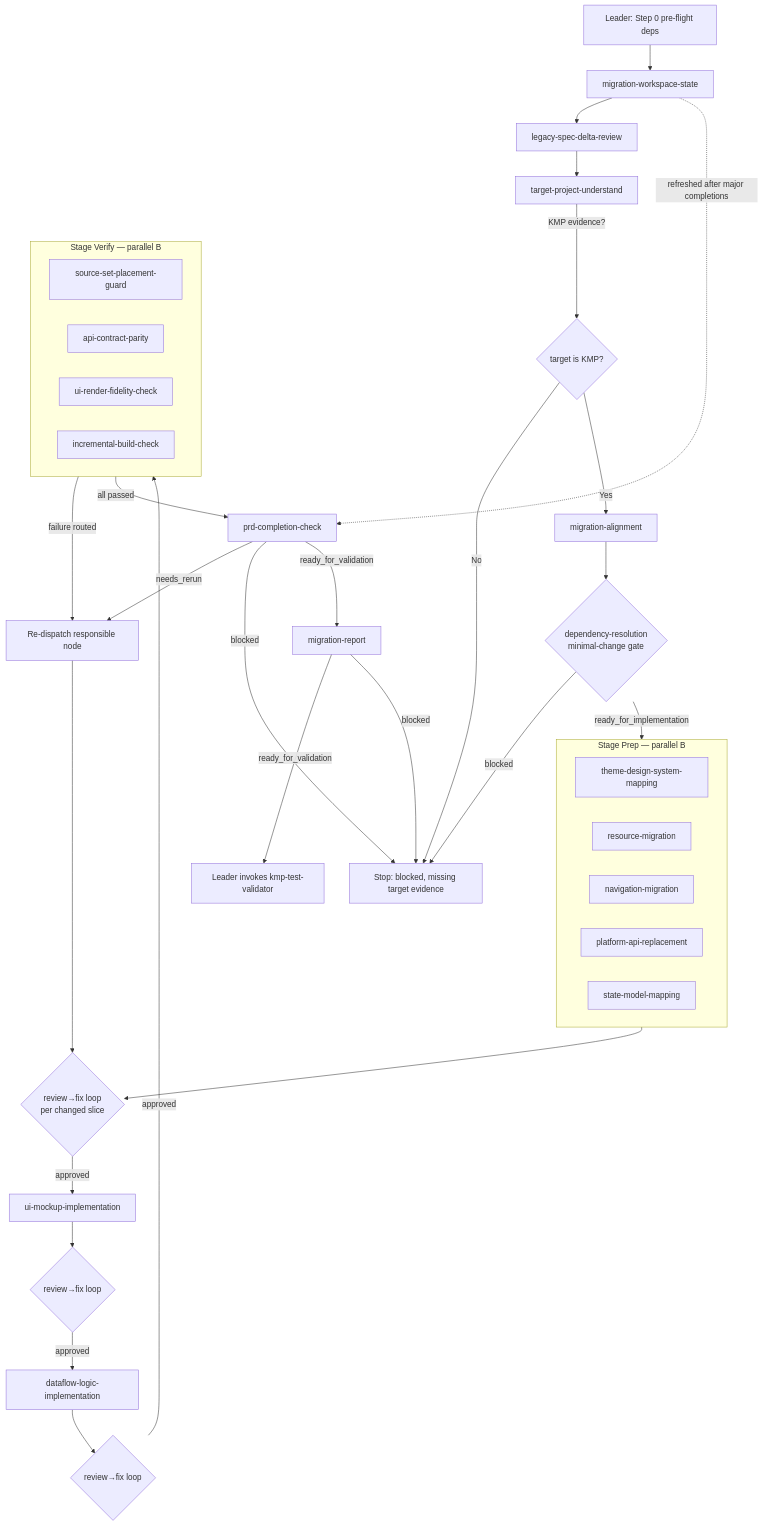
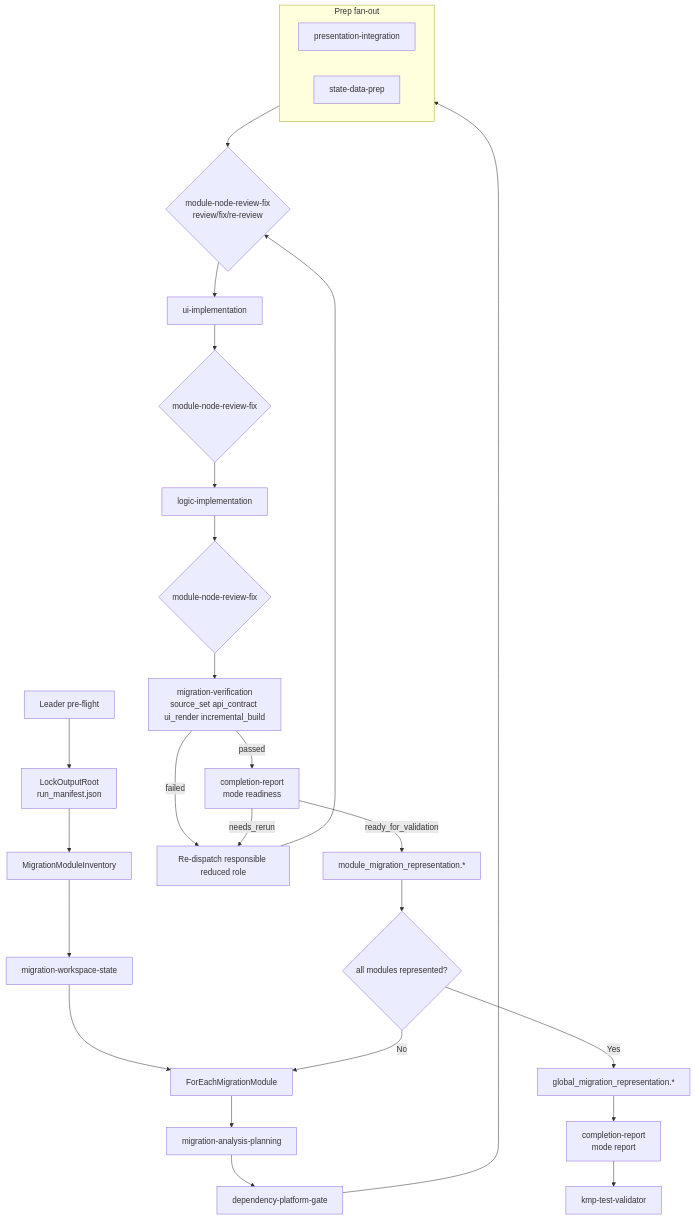
The diagram in claude-code-plugins/kmp-migration/skills/android-to-kmp-migrator/workflow.md (winson-AI/CodeAgent-exp), drawn with Mermaid before and after one commit. The commit also changed other lines of this file and 69 other files, not shown here.

````diff
--- a/claude-code-plugins/kmp-migration/skills/android-to-kmp-migrator/workflow.md
+++ b/claude-code-plugins/kmp-migration/skills/android-to-kmp-migrator/workflow.md
@@ -7,45 +7,32 @@
 ```mermaid
 graph TD
-  L0[Leader: Step 0 pre-flight deps] --> WS[migration-workspace-state]
-  WS --> SD[legacy-spec-delta-review]
-  SD --> TP[target-project-understand]
-  TP -->|KMP evidence?| GT{target is KMP?}
-  GT -- No --> BLK[Stop: blocked, missing target evidence]
-  GT -- Yes --> AL[migration-alignment]
-  AL --> DEP{dependency-resolution<br/>minimal-change gate}
-  DEP -- blocked --> BLK
-  DEP -- ready_for_implementation --> PREP
+  L0[Leader pre-flight] --> ROOT[LockOutputRoot<br/>run_manifest.json]
+  ROOT --> INV[MigrationModuleInventory]
+  INV --> WS[migration-workspace-state]
+  WS --> LOOP[ForEachMigrationModule]
+  LOOP --> PLAN[migration-analysis-planning]
+  PLAN --> DP[dependency-platform-gate]
+  DP --> PREP
 
-  subgraph PREP[Stage Prep — parallel B]
-    TH[theme-design-system-mapping]
-    RS[resource-migration]
-    NV[navigation-migration]
-    PA[platform-api-replacement]
-    SM[state-model-mapping]
+  subgraph PREP[Prep fan-out]
+    PI[presentation-integration]
+    SD[state-data-prep]
   end
 
-  PREP --> RFa{review→fix loop<br/>per changed slice}
-  RFa -->|approved| UI[ui-mockup-implementation]
-  UI --> RFb{review→fix loop}
-  RFb -->|approved| DL[dataflow-logic-implementation]
-  DL --> RFc{review→fix loop}
-
-  RFc -->|approved| VER
-
-  subgraph VER[Stage Verify — parallel B]
-    SG[source-set-placement-guard]
-    AP[api-contract-parity]
-    RF[ui-render-fidelity-check]
-    IB[incremental-build-check]
-  end
-
-  VER -->|failure routed| RESP[Re-dispatch responsible node] --> RFa
-  VER -->|all passed| PC[prd-completion-check]
-  PC -- needs_rerun --> RESP
-  PC -- blocked --> BLK
-  PC -- ready_for_validation --> MR[migration-report]
-  MR -- ready_for_validation --> KV[Leader invokes kmp-test-validator]
-  MR -- blocked --> BLK
-
-  WS -. refreshed after major completions .-> PC
+  PREP --> RF1{module-node-review-fix<br/>review/fix/re-review}
+  RF1 --> UI[ui-implementation]
+  UI --> RF2{module-node-review-fix}
+  RF2 --> LOGIC[logic-implementation]
+  LOGIC --> RF3{module-node-review-fix}
+  RF3 --> VER[migration-verification<br/>source_set api_contract ui_render incremental_build]
+  VER -->|failed| RESP[Re-dispatch responsible reduced role]
+  RESP --> RF1
+  VER -->|passed| READY[completion-report<br/>mode readiness]
+  READY -->|needs_rerun| RESP
+  READY -->|ready_for_validation| MODREP[module_migration_representation.*]
+  MODREP --> ALL{all modules represented?}
+  ALL -- No --> LOOP
+  ALL -- Yes --> GLOB[global_migration_representation.*]
+  GLOB --> REPORT[completion-report<br/>mode report]
+  REPORT --> KV[kmp-test-validator]
 ```
````
